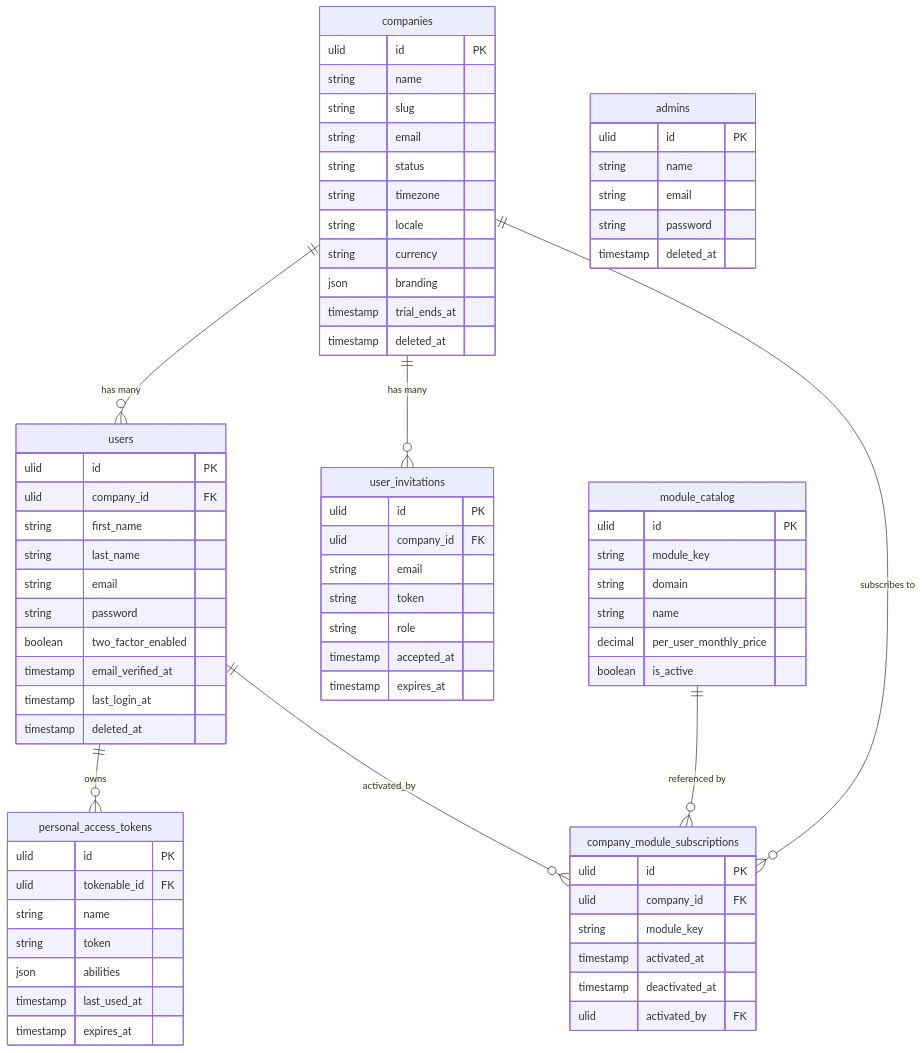
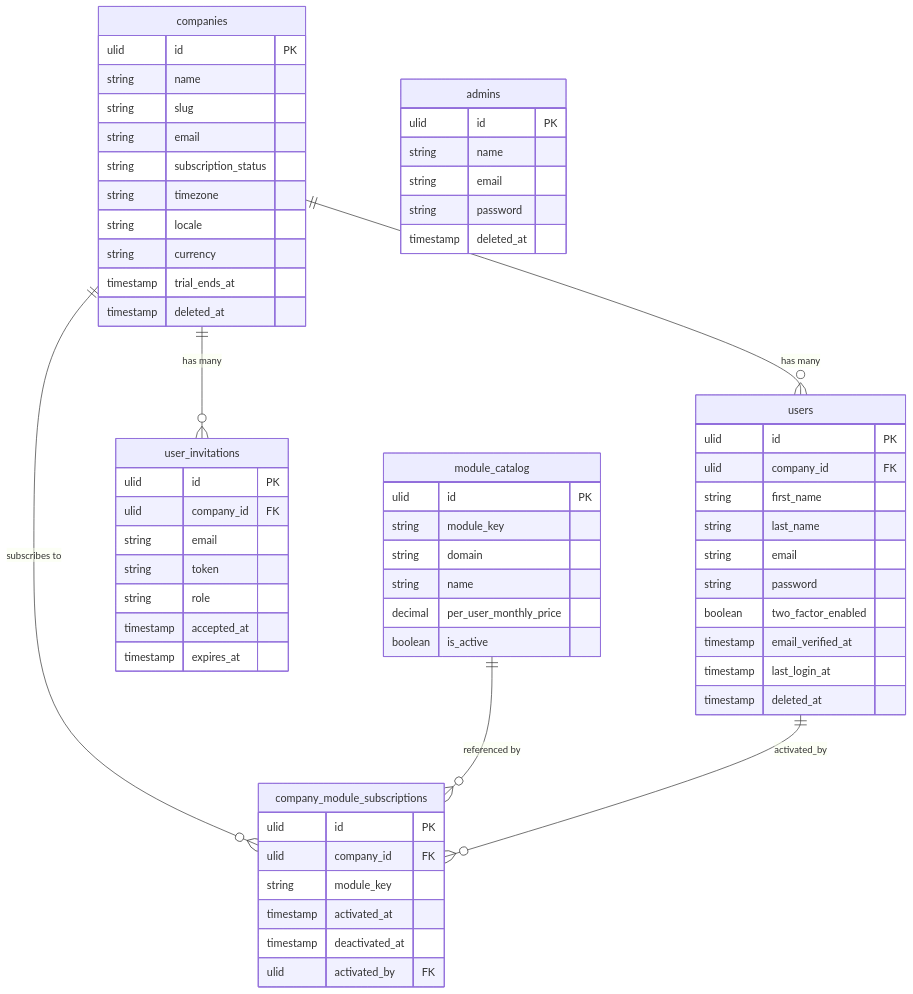
Before and after one commit to Max-Nijenkamp/FlowFlex: the diagram in vault/architecture/data-model.md, drawn with Mermaid. The commit also changed other lines of this file and 679 other files, not shown here.

````diff
--- a/vault/architecture/data-model.md
+++ b/vault/architecture/data-model.md
@@ -72,82 +67,70 @@
 ```mermaid
 erDiagram
     companies {
         ulid id PK
         string name
         string slug
         string email
-        string status
+        string subscription_status
         string timezone
         string locale
         string currency
-        json branding
         timestamp trial_ends_at
         timestamp deleted_at
     }
 
     users {
         ulid id PK
         ulid company_id FK
         string first_name
         string last_name
         string email
         string password
         boolean two_factor_enabled
         timestamp email_verified_at
         timestamp last_login_at
         timestamp deleted_at
     }
 
     admins {
         ulid id PK
         string name
         string email
         string password
         timestamp deleted_at
     }
 
     user_invitations {
         ulid id PK
         ulid company_id FK
         string email
         string token
         string role
         timestamp accepted_at
         timestamp expires_at
     }
 
     module_catalog {
         ulid id PK
         string module_key
         string domain
         string name
         decimal per_user_monthly_price
         boolean is_active
     }
 
     company_module_subscriptions {
         ulid id PK
         ulid company_id FK
         string module_key
         timestamp activated_at
         timestamp deactivated_at
         ulid activated_by FK
     }
 
-    personal_access_tokens {
-        ulid id PK
-        ulid tokenable_id FK
-        string name
-        string token
-        json abilities
-        timestamp last_used_at
-        timestamp expires_at
-    }
-
     companies ||--o{ users : "has many"
     companies ||--o{ user_invitations : "has many"
     companies ||--o{ company_module_subscriptions : "subscribes to"
     module_catalog ||--o{ company_module_subscriptions : "referenced by"
-    users ||--o{ personal_access_tokens : "owns"
     users ||--o{ company_module_subscriptions : "activated_by"
 ```
````
